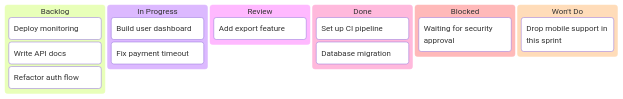
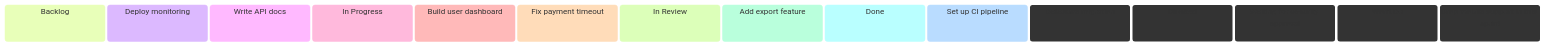
One commit to blazintrailssarah/agent-project changed the diagram in agentic/markdown_templates/kanban.md. Above: the diagram before and after it, drawn with Mermaid. The commit also changed other lines of this file and 5 other files, not shown here.

````diff
--- a/agentic/markdown_templates/kanban.md
+++ b/agentic/markdown_templates/kanban.md
@@ -54,19 +54,18 @@
 ```mermaid
 kanban
-    Backlog
-        task1[Deploy monitoring]
-        task2[Write API docs]
-        task3[Refactor auth flow]
-    In Progress
-        task4[Build user dashboard]
-        task5[Fix payment timeout]
-    Review
-        task6[Add export feature]
-    Done
-        task7[Set up CI pipeline]
-        task8[Database migration]
-    Blocked
-        task9[Waiting for security approval]
-    Won't Do
-        task10[Drop mobile support in this sprint]
+Backlog
+task1[Deploy monitoring]
+task2[Write API docs]
+In Progress
+task3[Build user dashboard]
+task4[Fix payment timeout]
+In Review
+task5[Add export feature]
+Done
+task5[Set up CI pipeline]
+task6[Database migration]
+Blocked
+task7[Waiting for security approval]
+Won't Do
+task8[Drop mobile support in this sprint]
 ```
````
